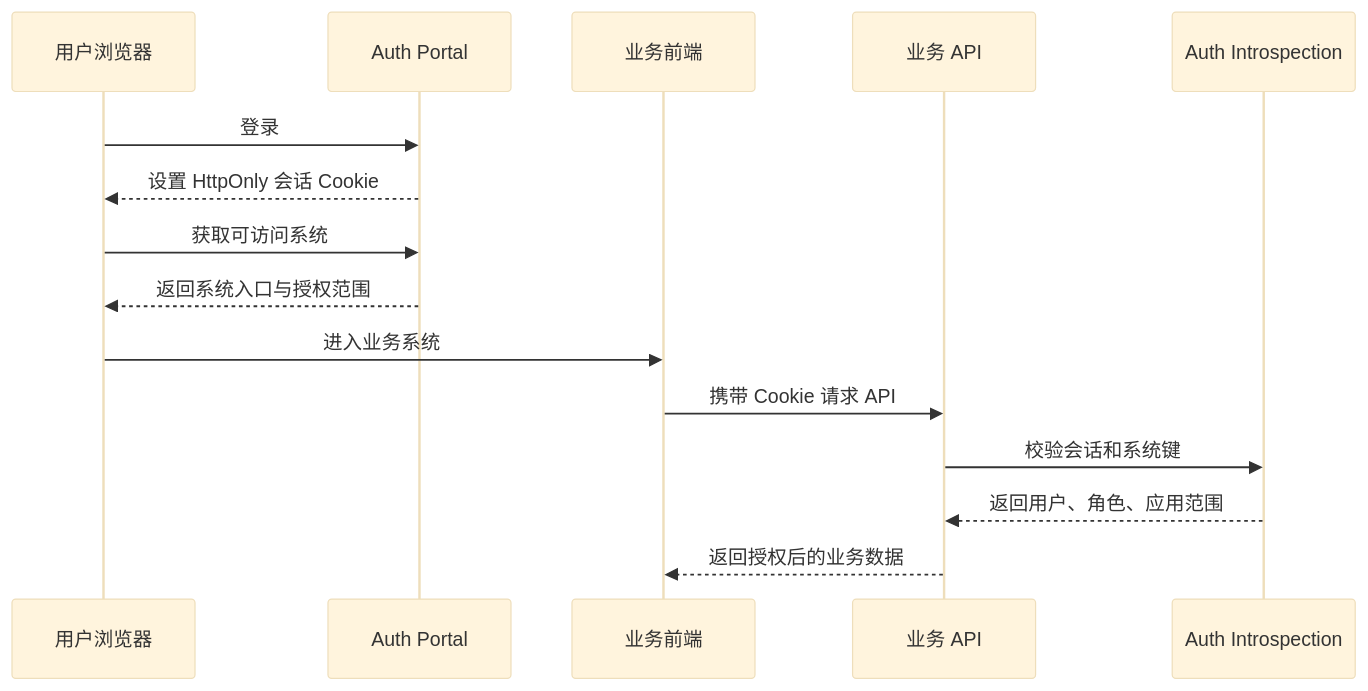
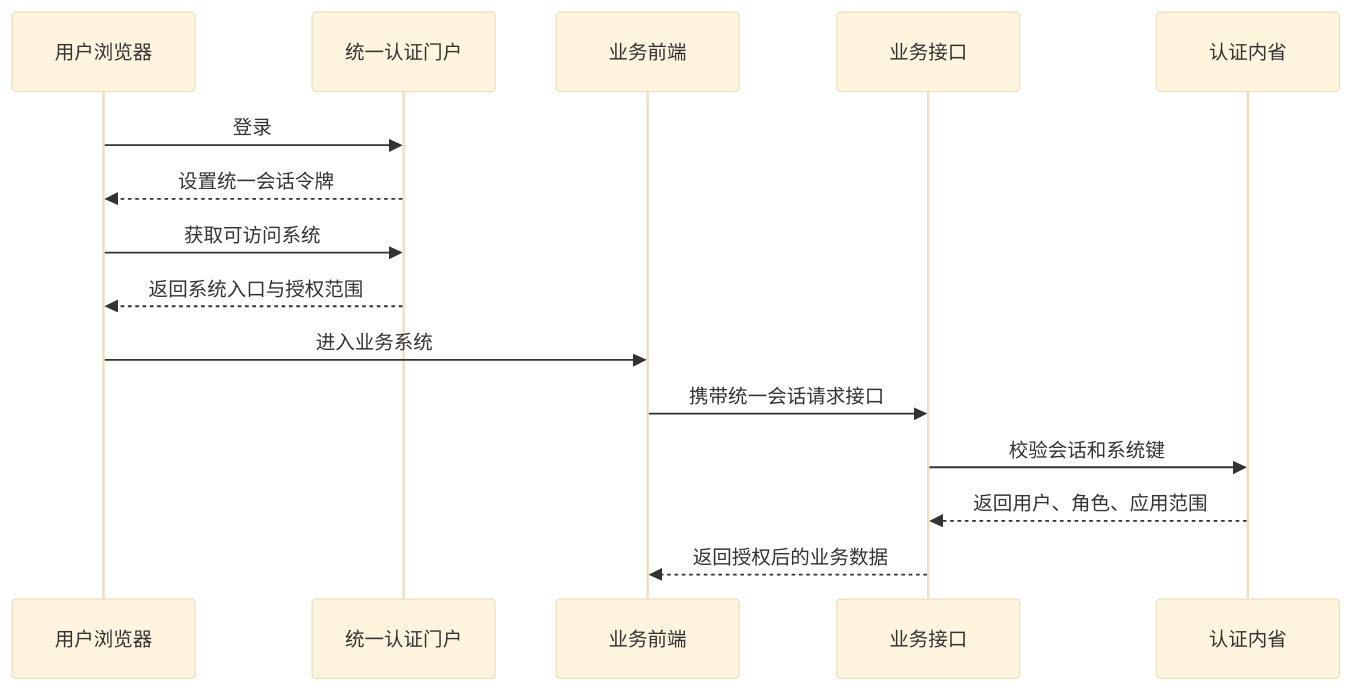
Before and after one commit to sukaka/AuthorizationReminder: the second of 2 diagrams in docs/superpowers/specs/2026-06-13-all-systems-high-level-design.md, drawn with Mermaid (base theme). The commit also changed other lines of this file and 23 other files, not shown here.

Commit message:
[v5.70.18] docs(architecture): localize architecture diagrams

````diff
--- a/docs/superpowers/specs/2026-06-13-all-systems-high-level-design.md
+++ b/docs/superpowers/specs/2026-06-13-all-systems-high-level-design.md
@@ -474,18 +474,18 @@
 ```mermaid
 sequenceDiagram
   participant U as 用户浏览器
-  participant P as Auth Portal
+  participant P as 统一认证门户
   participant W as 业务前端
-  participant A as 业务 API
-  participant I as Auth Introspection
+  participant A as 业务接口
+  participant I as 认证内省
 
   U->>P: 登录
-  P-->>U: 设置 HttpOnly 会话 Cookie
+  P-->>U: 设置统一会话令牌
   U->>P: 获取可访问系统
   P-->>U: 返回系统入口与授权范围
   U->>W: 进入业务系统
-  W->>A: 携带 Cookie 请求 API
+  W->>A: 携带统一会话请求接口
   A->>I: 校验会话和系统键
   I-->>A: 返回用户、角色、应用范围
   A-->>W: 返回授权后的业务数据
 ```
````
